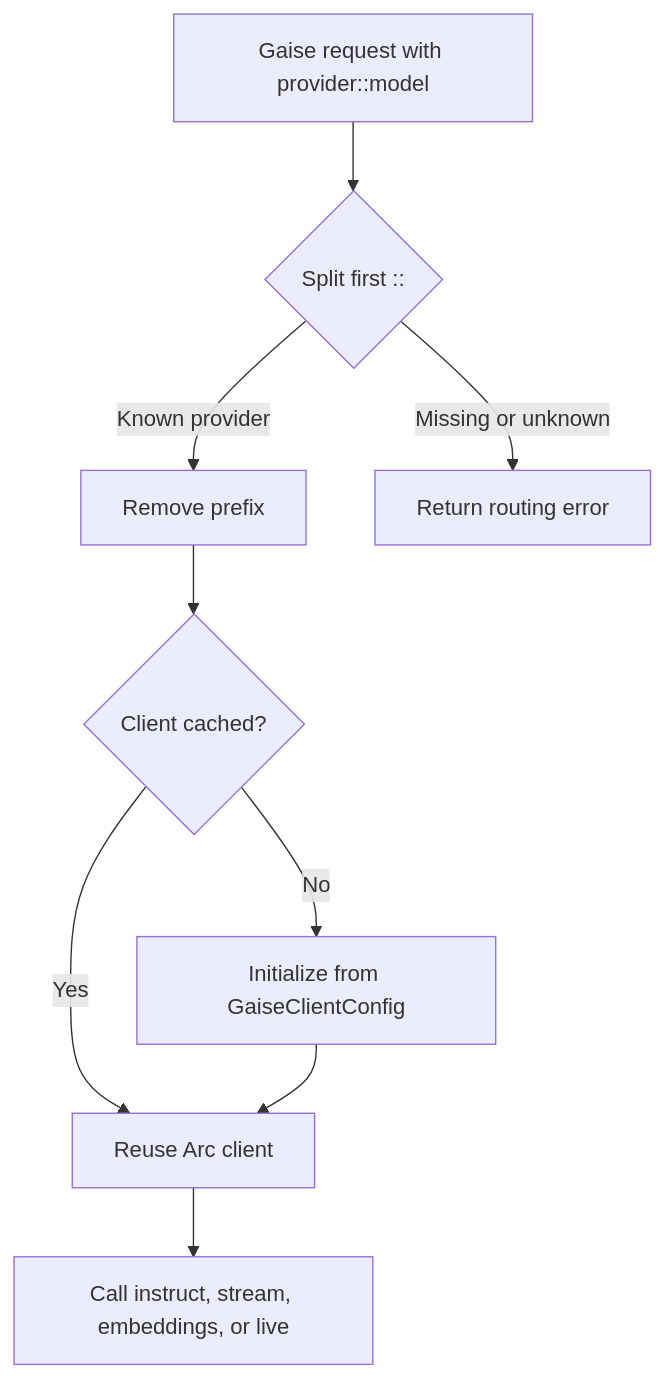
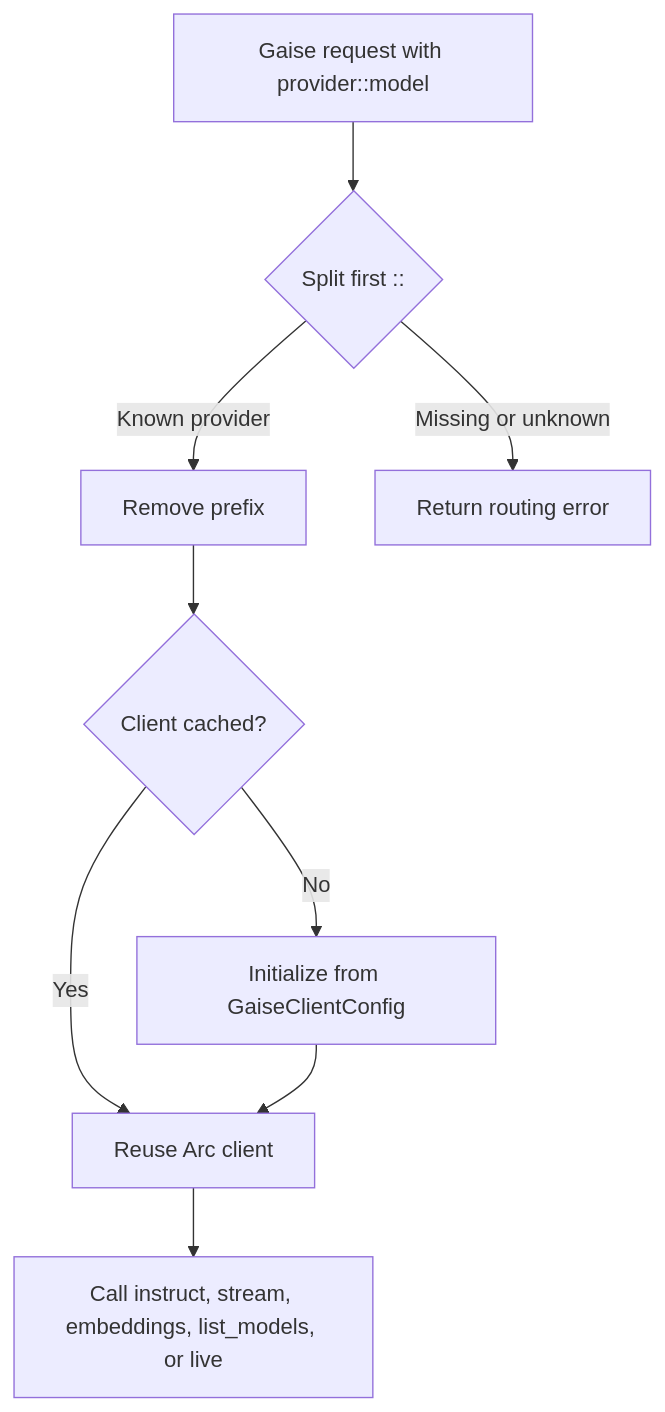
The first of 11 diagrams in wiki/flows.md (ikcore/gaise), drawn with Mermaid before and after one commit. The commit also changed other lines of this file and 56 other files, not shown here.

````diff
--- a/wiki/flows.md
+++ b/wiki/flows.md
@@ -7,11 +22,11 @@
 ```mermaid
 flowchart TD
     A[Gaise request with provider::model] --> B{Split first ::}
     B -->|Known provider| C[Remove prefix]
     B -->|Missing or unknown| X[Return routing error]
     C --> D{Client cached?}
     D -->|Yes| E[Reuse Arc client]
     D -->|No| F[Initialize from GaiseClientConfig]
     F --> E
-    E --> G[Call instruct, stream, embeddings, or live]
+    E --> G[Call instruct, stream, embeddings, list_models, or live]
 ```
````
